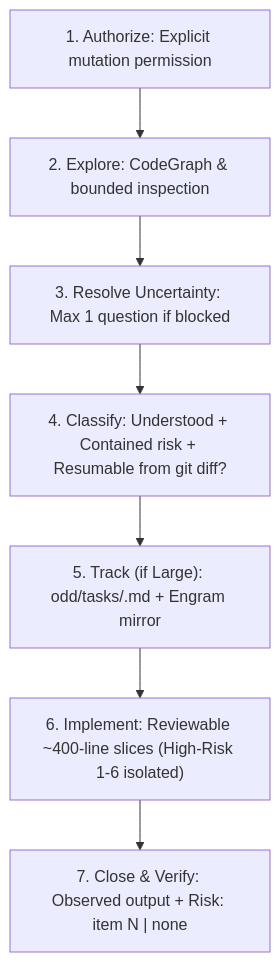
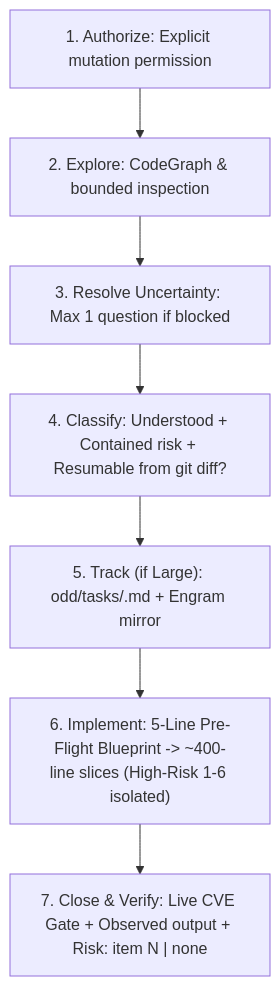
Before and after one commit to NastaFour/skillsGV: the diagram in 00-meta-skills/odd-workflow/SKILL.md, drawn with Mermaid. The commit also changed other lines of this file and 18 other files, not shown here.

````diff
--- a/00-meta-skills/odd-workflow/SKILL.md
+++ b/00-meta-skills/odd-workflow/SKILL.md
@@ -30,9 +30,9 @@
 ```mermaid
 flowchart TD
   A["1. Authorize: Explicit mutation permission"] --> B["2. Explore: CodeGraph & bounded inspection"]
   B --> C["3. Resolve Uncertainty: Max 1 question if blocked"]
   C --> D["4. Classify: Understood + Contained risk + Resumable from git diff?"]
   D --> E["5. Track (if Large): odd/tasks/<feature>.md + Engram mirror"]
-  E --> F["6. Implement: Reviewable ~400-line slices (High-Risk 1-6 isolated)"]
-  F --> G["7. Close & Verify: Observed output + Risk: item N | none"]
+  E --> F["6. Implement: 5-Line Pre-Flight Blueprint -> ~400-line slices (High-Risk 1-6 isolated)"]
+  F --> G["7. Close & Verify: Live CVE Gate + Observed output + Risk: item N | none"]
 ```
````
